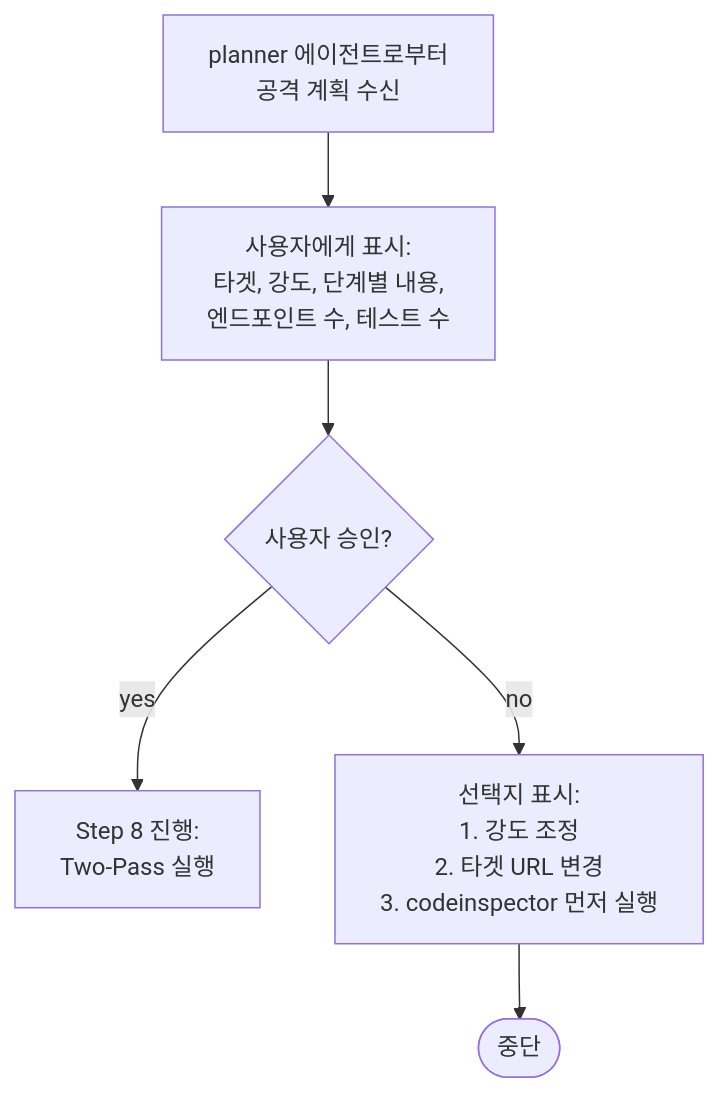
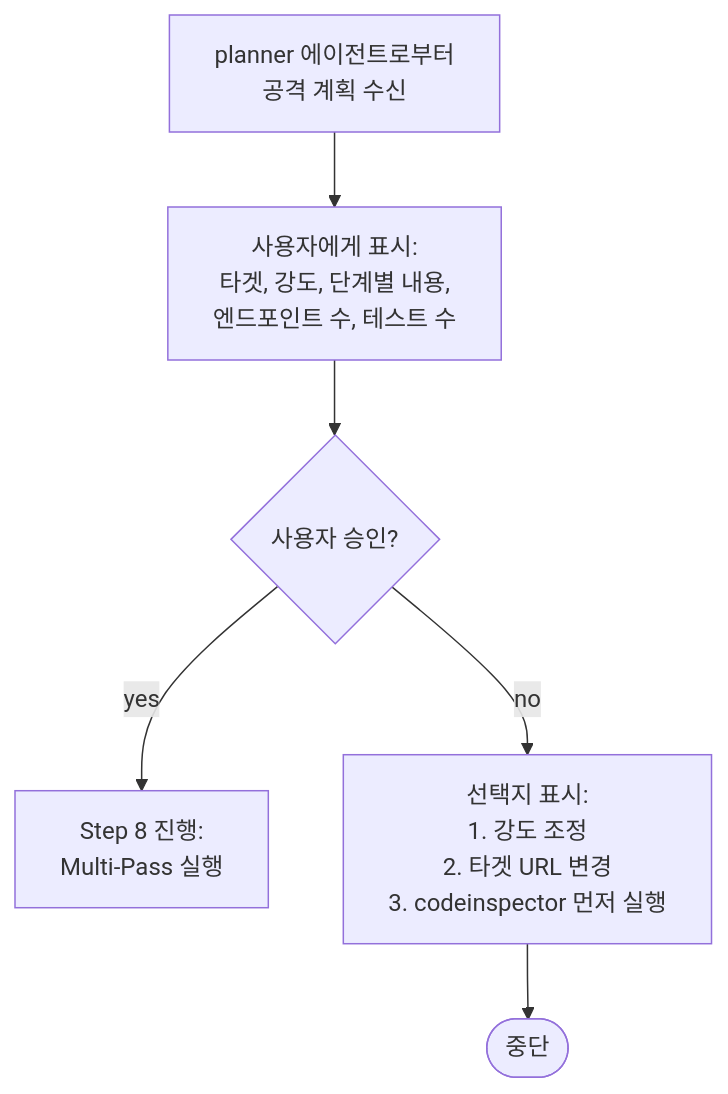
One commit to letsur-dev/vulcheck changed the ninth of 10 diagrams in design/hacksimulator.md. Above: the diagram before and after it, drawn with Mermaid. The commit also changed other lines of this file and 9 other files, not shown here.

````diff
--- a/design/hacksimulator.md
+++ b/design/hacksimulator.md
@@ -570,8 +581,8 @@
 ```mermaid
 flowchart TD
     PlanReceived["planner 에이전트로부터<br>공격 계획 수신"] --> Display["사용자에게 표시:<br>타겟, 강도, 단계별 내용,<br>엔드포인트 수, 테스트 수"]
     Display --> Approve{"사용자 승인?"}
-    Approve -->|"yes"| Execute["Step 8 진행:<br>Two-Pass 실행"]
+    Approve -->|"yes"| Execute["Step 8 진행:<br>Multi-Pass 실행"]
     Approve -->|"no"| Reject["선택지 표시:<br>1. 강도 조정<br>2. 타겟 URL 변경<br>3. codeinspector 먼저 실행"]
     Reject --> Stop([중단])
 ```
````
